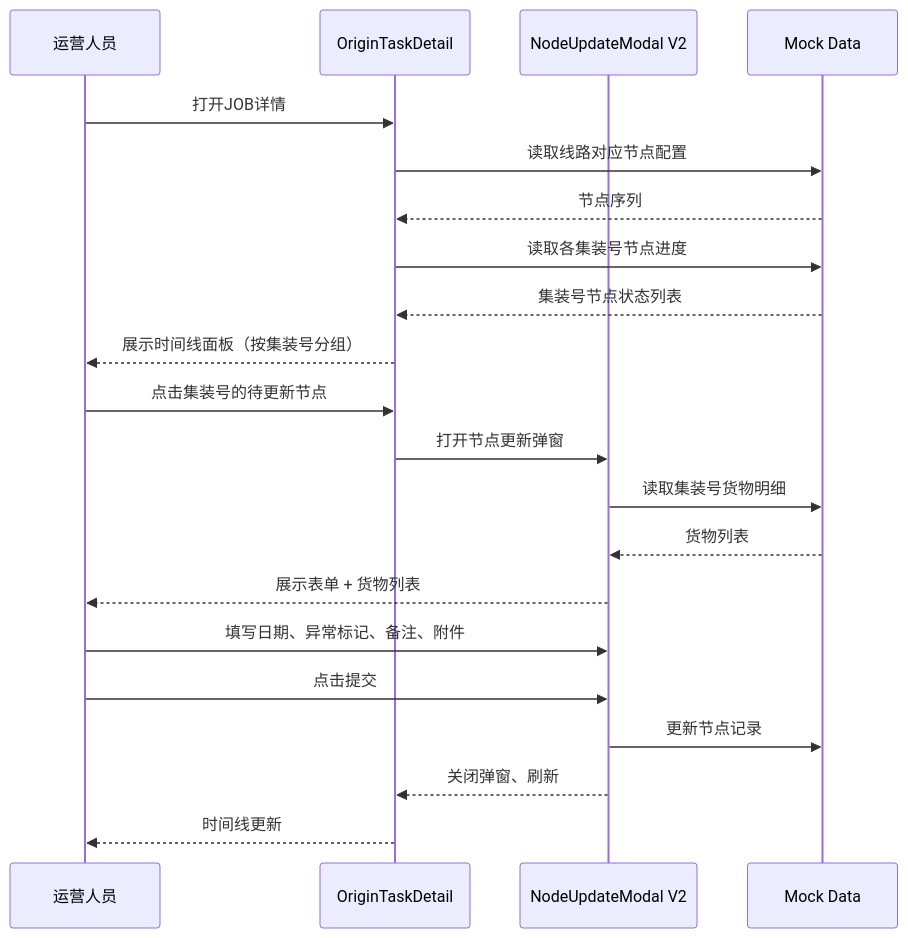
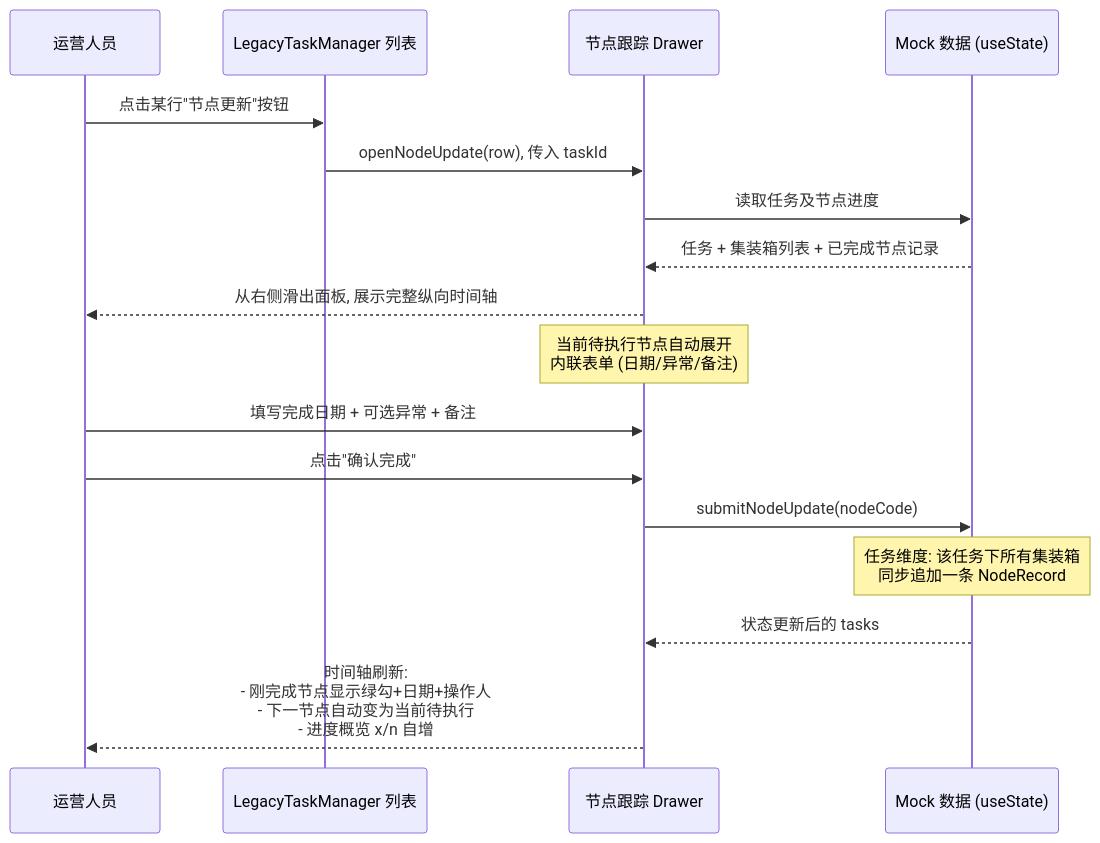
One commit to Yitiaoyu686/logistics-app changed the second of 4 diagrams in .kiro/specs/origin-task-management/design.md. Above: the diagram before and after it, drawn with Mermaid. The commit also changed other lines of this file and 14 other files, not shown here.

````diff
--- a/.kiro/specs/origin-task-management/design.md
+++ b/.kiro/specs/origin-task-management/design.md
@@ -102,26 +115,21 @@
 ```mermaid
 sequenceDiagram
     participant U as 运营人员
-    participant OTD as OriginTaskDetail
-    participant NUM as NodeUpdateModal V2
-    participant Mock as Mock Data
+    participant List as LegacyTaskManager 列表
+    participant Drawer as 节点跟踪 Drawer
+    participant Store as Mock 数据 (useState)
 
-    U->>OTD: 打开JOB详情
-    OTD->>Mock: 读取线路对应节点配置
-    Mock-->>OTD: 节点序列
-    OTD->>Mock: 读取各集装号节点进度
-    Mock-->>OTD: 集装号节点状态列表
-    OTD-->>U: 展示时间线面板（按集装号分组）
+    U->>List: 点击某行"节点更新"按钮
+    List->>Drawer: openNodeUpdate(row), 传入 taskId
+    Drawer->>Store: 读取任务及节点进度
+    Store-->>Drawer: 任务 + 集装箱列表 + 已完成节点记录
+    Drawer-->>U: 从右侧滑出面板, 展示完整纵向时间轴
 
-    U->>OTD: 点击集装号的待更新节点
-    OTD->>NUM: 打开节点更新弹窗
-    NUM->>Mock: 读取集装号货物明细
-    Mock-->>NUM: 货物列表
-    NUM-->>U: 展示表单 + 货物列表
-
-    U->>NUM: 填写日期、异常标记、备注、附件
-    U->>NUM: 点击提交
-    NUM->>Mock: 更新节点记录
-    NUM-->>OTD: 关闭弹窗、刷新
-    OTD-->>U: 时间线更新
+    Note over Drawer: 当前待执行节点自动展开<br/>内联表单 (日期/异常/备注)
+    U->>Drawer: 填写完成日期 + 可选异常 + 备注
+    U->>Drawer: 点击"确认完成"
+    Drawer->>Store: submitNodeUpdate(nodeCode)
+    Note over Store: 任务维度: 该任务下所有集装箱<br/>同步追加一条 NodeRecord
+    Store-->>Drawer: 状态更新后的 tasks
+    Drawer-->>U: 时间轴刷新:<br/>- 刚完成节点显示绿勾+日期+操作人<br/>- 下一节点自动变为当前待执行<br/>- 进度概览 x/n 自增
 ```
````
